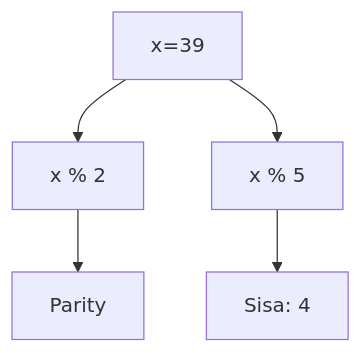
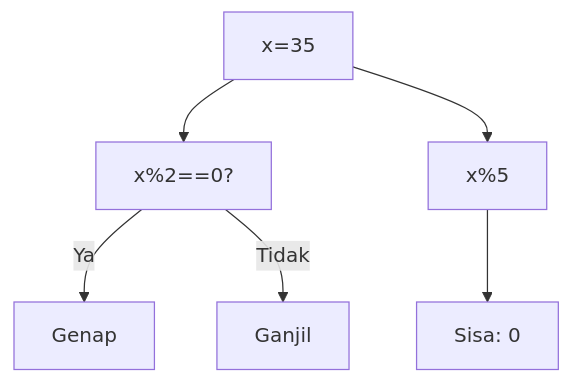
Before and after one commit to amnahwaida/OSNK_INF_PREP: diagram 16 of 25 in part-c-pemahaman-cpp/02-percabangan/latihan/set-12.md, drawn with Mermaid. The commit also changed other lines of this file and 71 other files, not shown here.

Commit message:
Fixed Mermaid syntax lexical errors with quoted labels in 1,800 questions

````diff
--- a/part-c-pemahaman-cpp/02-percabangan/latihan/set-12.md
+++ b/part-c-pemahaman-cpp/02-percabangan/latihan/set-12.md
@@ -447,7 +486,8 @@
 ```mermaid
 graph TD
-A[x=39] --> B[x % 2]
-B --> C[Parity]
-A --> D[x % 5]
-D --> E[Sisa: 4]
+A["x=35"] --> B["x%2==0?"]
+B -- Ya --> C["Genap"]
+B -- Tidak --> D["Ganjil"]
+A --> E["x%5"]
+E --> F["Sisa: 0"]
 ```
````
